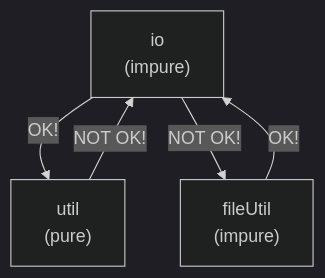
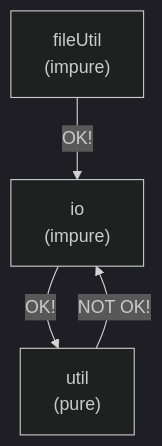
The third of 3 diagrams in README-TEMPLATE.md (mattriley/node-module-composer), drawn with Mermaid (dark theme) before and after one commit. The commit also changed 1 other file, not shown here.

Commit message:
Unspecified changes

````diff
--- a/README-TEMPLATE.md
+++ b/README-TEMPLATE.md
@@ -252,7 +252,6 @@
 ```mermaid
 graph TD;
     io["io<br/>(impure)"]-->|OK!|util
-    io-->|NOT OK!|fileUtil
     util["util<br/>(pure)"]-->|NOT OK!|io
     fileUtil["fileUtil<br/>(impure)"]-->|OK!|io
 ```
````
